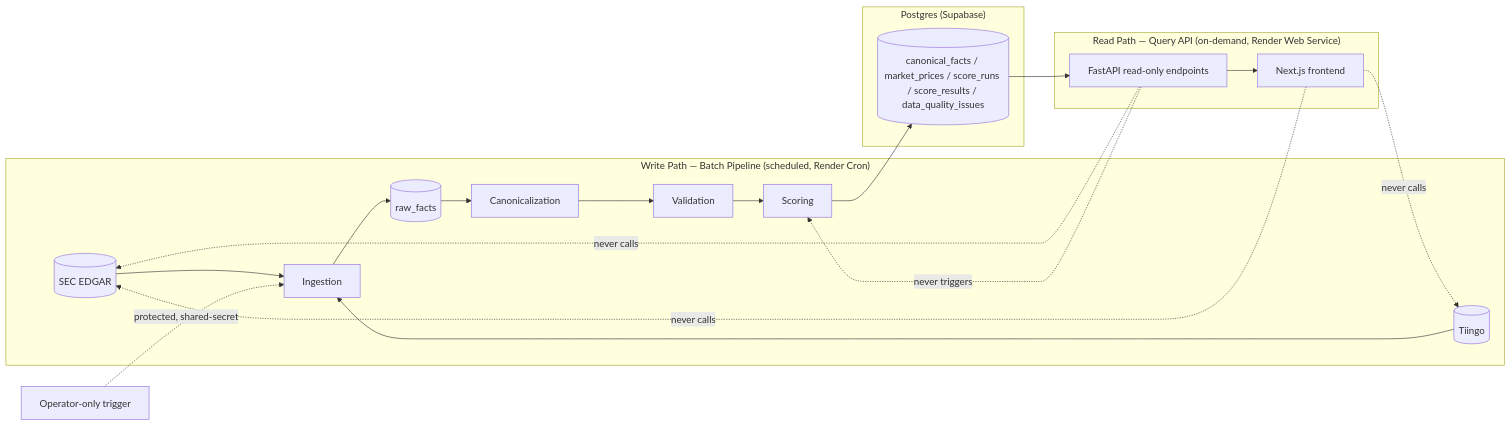
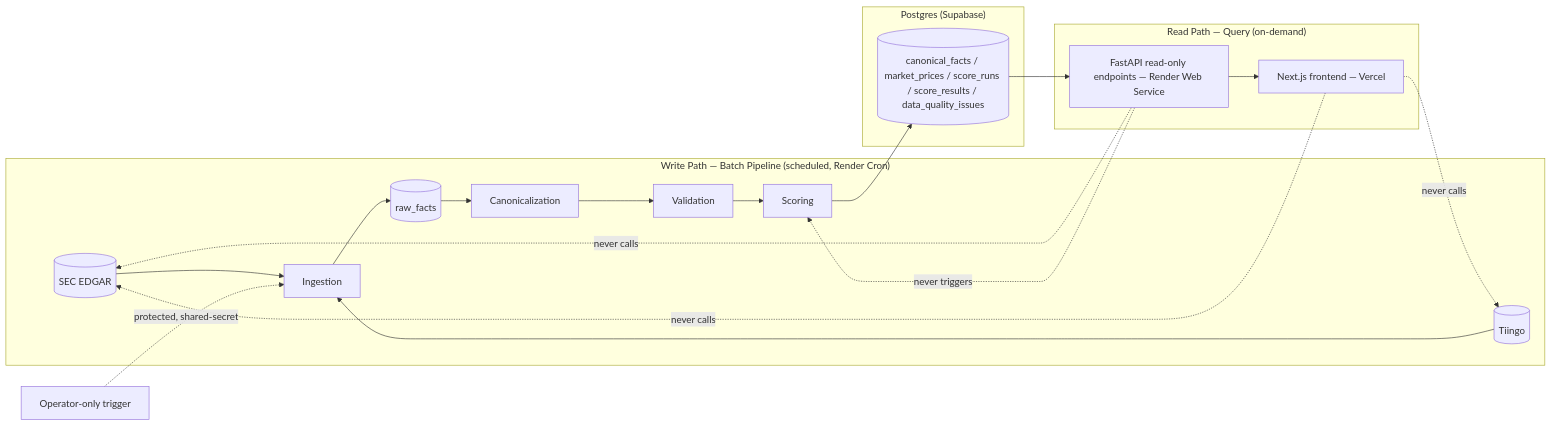
One commit to lawrence-dass/thesis-trace changed the first of 2 diagrams in _bmad-output/planning-artifacts/architecture/architecture-ThesisTrace-2026-07-19/ARCHITECTURE-SPINE.md. Above: the diagram before and after it, drawn with Mermaid. The commit also changed other lines of this file and 7 other files, not shown here.

First line of the commit message:
Finalize architecture spine and fold PRD refinements

````diff
--- a/_bmad-output/planning-artifacts/architecture/architecture-ThesisTrace-2026-07-19/ARCHITECTURE-SPINE.md
+++ b/_bmad-output/planning-artifacts/architecture/architecture-ThesisTrace-2026-07-19/ARCHITECTURE-SPINE.md
@@ -52,36 +52,36 @@
 ```mermaid
 flowchart LR
     subgraph Write["Write Path — Batch Pipeline (scheduled, Render Cron)"]
         EDGAR[(SEC EDGAR)]
         TIINGO[(Tiingo)]
         INGEST[Ingestion]
         RAW[(raw_facts)]
         CANON[Canonicalization]
         VALID[Validation]
         SCORE[Scoring]
     end
     subgraph Store["Postgres (Supabase)"]
         DB[(canonical_facts / market_prices / score_runs / score_results / data_quality_issues)]
     end
-    subgraph Read["Read Path — Query API (on-demand, Render Web Service)"]
-        API[FastAPI read-only endpoints]
-        WEB[Next.js frontend]
+    subgraph Read["Read Path — Query (on-demand)"]
+        API[FastAPI read-only endpoints — Render Web Service]
+        WEB[Next.js frontend — Vercel]
     end
     OPERATOR[Operator-only trigger]
 
     EDGAR --> INGEST
     TIINGO --> INGEST
     INGEST --> RAW
     RAW --> CANON
     CANON --> VALID
     VALID --> SCORE
     SCORE --> DB
     DB --> API
     API --> WEB
     OPERATOR -.->|protected, shared-secret| INGEST
 
     WEB -.->|never calls| EDGAR
     WEB -.->|never calls| TIINGO
     API -.->|never calls| EDGAR
     API -.->|never triggers| SCORE
 ```
````
